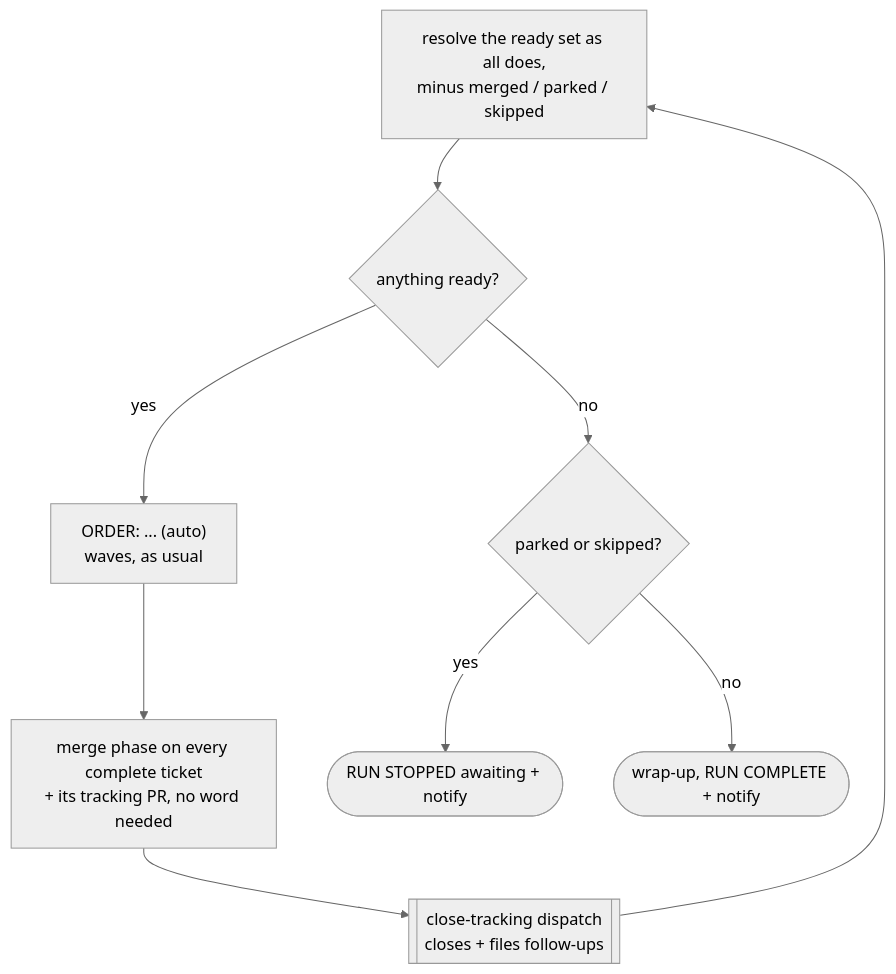
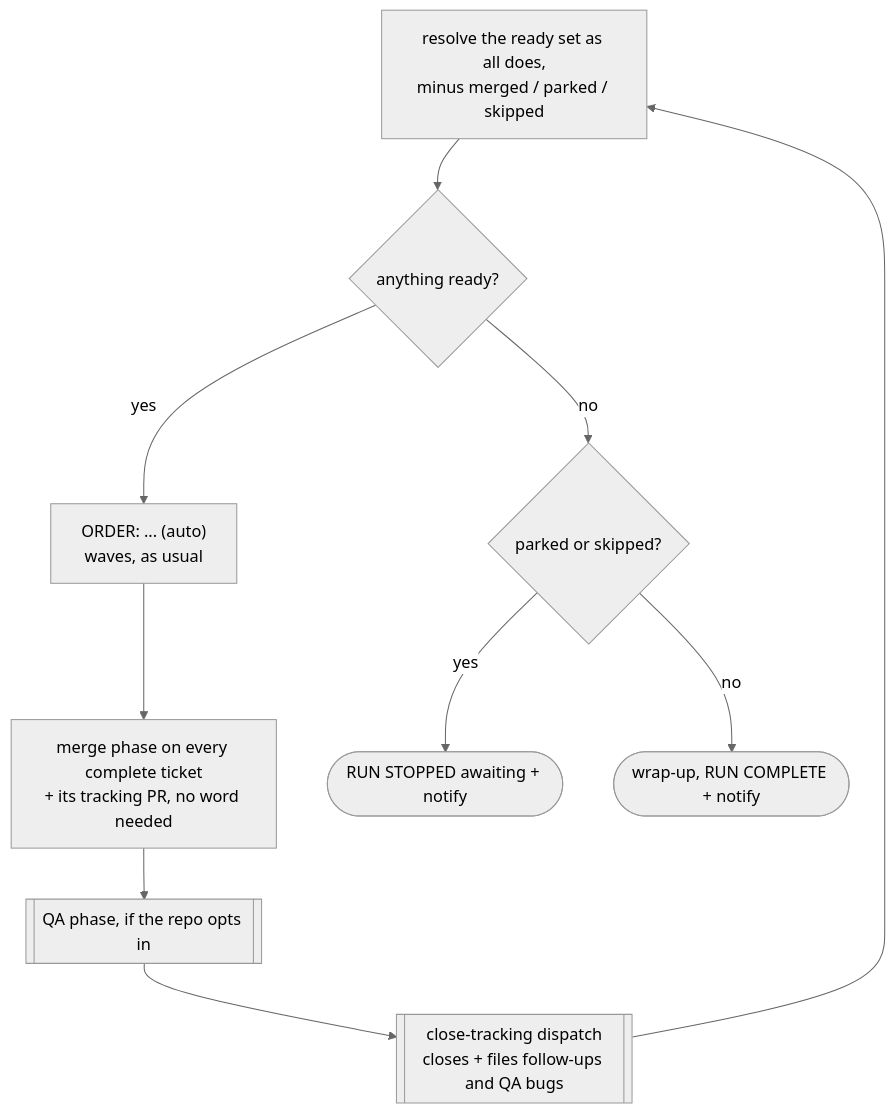
One commit to kyimoemin/skills changed the third of 3 diagrams in sprint/SKILL.md. Above: the diagram before and after it, drawn with Mermaid (neutral theme). The commit also changed other lines of this file and 3 other files, not shown here.

First line of the commit message:
sprint, qa: add a QA phase after merge, shared with /qa

````diff
--- a/sprint/SKILL.md
+++ b/sprint/SKILL.md
@@ -529,15 +597,16 @@
 ```mermaid
 flowchart TB
     pick["resolve the ready set as all does,
 minus merged / parked / skipped"] --> any{anything ready?}
     any -- "yes" --> pass["ORDER: ... (auto)
 waves, as usual"]
     pass --> merge["merge phase on every complete ticket
 + its tracking PR, no word needed"]
-    merge --> file[["close-tracking dispatch
-closes + files follow-ups"]]
+    merge --> qa[["QA phase, if the repo opts in"]]
+    qa --> file[["close-tracking dispatch
+closes + files follow-ups and QA bugs"]]
     file --> pick
     any -- "no" --> held{"parked or skipped?"}
     held -- "yes" --> stopped(["RUN STOPPED awaiting + notify"])
     held -- "no" --> complete(["wrap-up, RUN COMPLETE + notify"])
 ```
````
